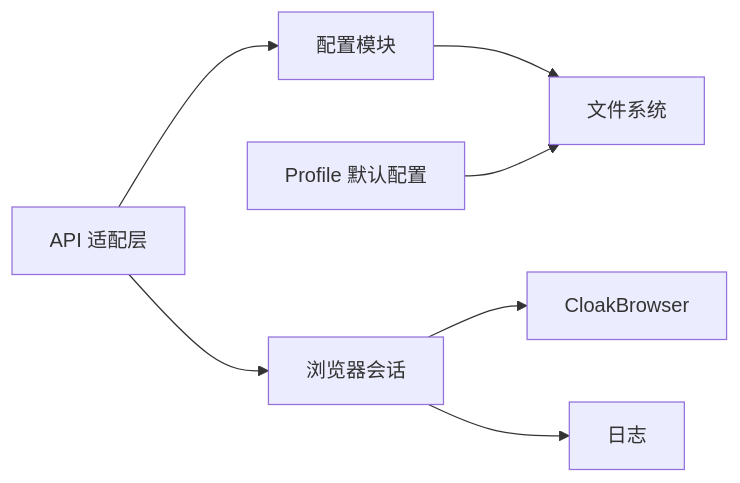
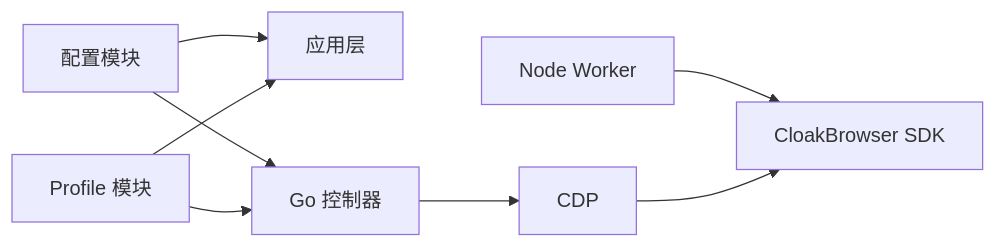
Before and after one commit to alvinwangzi/goodhr: the eighth of 8 diagrams in .qoder/repowiki/zh/content/本地执行器/浏览器自动化/浏览器配置管理.md, drawn with Mermaid. The commit also changed other lines of this file and 149 other files, not shown here.

````diff
--- a/.qoder/repowiki/zh/content/本地执行器/浏览器自动化/浏览器配置管理.md
+++ b/.qoder/repowiki/zh/content/本地执行器/浏览器自动化/浏览器配置管理.md
@@ -286,9 +350,10 @@
 ```mermaid
 graph LR
-API["API 适配层"] --> CFG["配置模块"]
-API --> SESS["浏览器会话"]
-SESS --> CB["CloakBrowser"]
-CFG --> FS["文件系统"]
-SESS --> LOG["日志"]
-PROFILE["Profile 默认配置"] --> FS
+Config["配置模块"] --> App["应用层"]
+Config --> GoCtrl["Go 控制器"]
+Prof["Profile 模块"] --> GoCtrl
+Prof --> App
+Worker["Node Worker"] --> CB["CloakBrowser SDK"]
+GoCtrl --> CDP["CDP"]
+CDP --> CB
 ```
````
